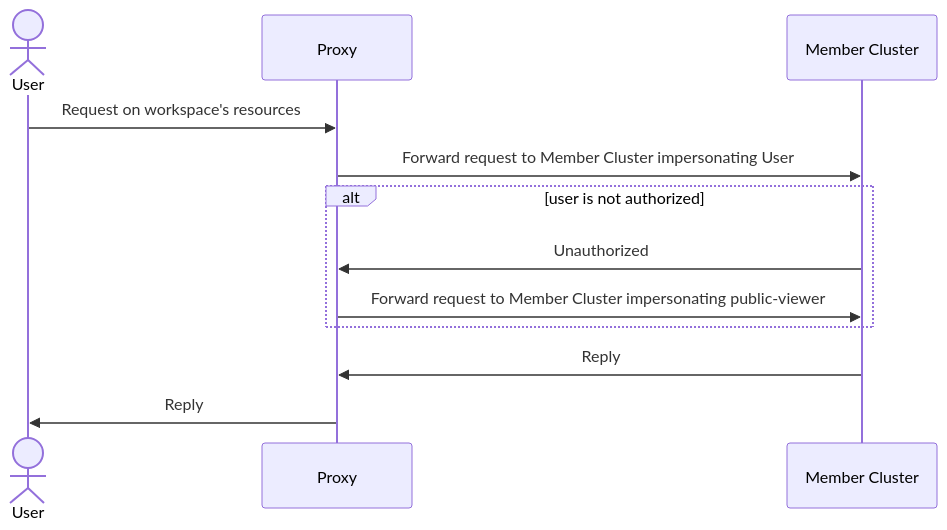
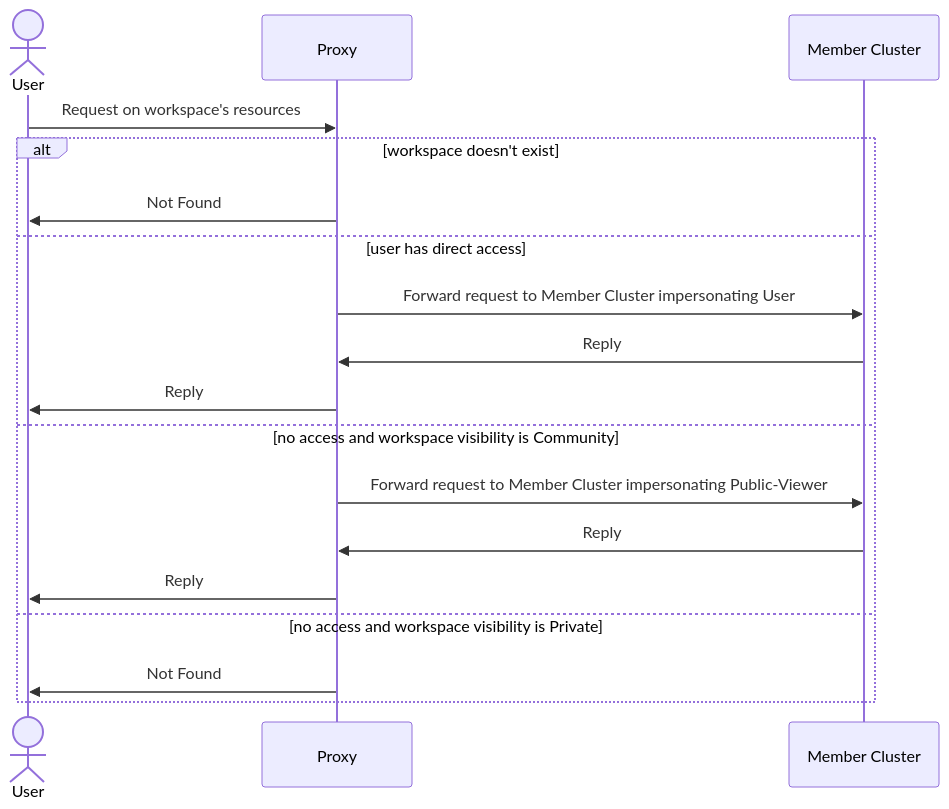
The diagram in doc/design/workflows/proxying_requests.mmd (konflux-workspaces/workspaces), drawn with Mermaid before and after one commit. The commit also changed 1 other file, not shown here.

Commit message:
update proxying request sequence diagram (#71)

```diff
--- a/doc/design/workflows/proxying_requests.mmd
+++ b/doc/design/workflows/proxying_requests.mmd
@@ -1,16 +1,21 @@
 sequenceDiagram
   actor U as User
 
   participant P as Proxy
   participant MC as Member Cluster
 
   U->>P: Request on workspace's resources
+
+  alt workspace doesn't exist
+  P->>U: Not Found
+  else user has direct access
   P->>MC: Forward request to Member Cluster impersonating User
-
-  alt user is not authorized
-    MC->>P: Unauthorized
-    P->>MC: Forward request to Member Cluster impersonating public-viewer
-  end
-
   MC->>P: Reply
   P->>U: Reply
+  else no access and workspace visibility is Community
+  P->>MC: Forward request to Member Cluster impersonating Public-Viewer
+  MC->>P: Reply
+  P->>U: Reply
+  else no access and workspace visibility is Private
+  P->>U: Not Found
+  end
```
